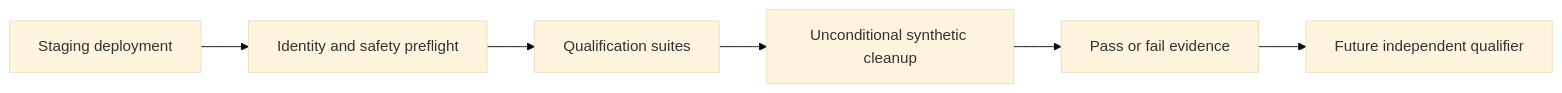
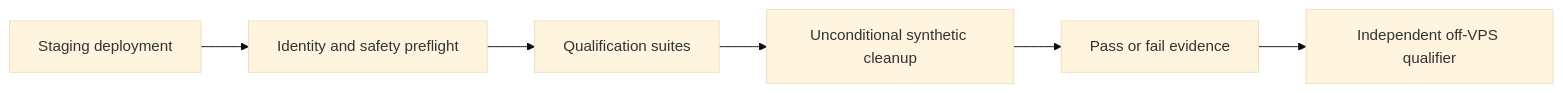
One commit to ramideltoro/nutsnews-docs changed the second of 3 diagrams in NUTSNEWS_VPS_STAGING_DEPLOYMENT.md. Above: the diagram before and after it, drawn with Mermaid (base theme). The commit also changed other lines of this file and 1 other file, not shown here.

Commit message:
Document off-VPS staging qualification

````diff
--- a/NUTSNEWS_VPS_STAGING_DEPLOYMENT.md
+++ b/NUTSNEWS_VPS_STAGING_DEPLOYMENT.md
@@ -342,8 +342,8 @@
 ```mermaid
 flowchart LR
   deployment[Staging deployment] --> preflight[Identity and safety preflight]
   preflight --> suites[Qualification suites]
   suites --> cleanup[Unconditional synthetic cleanup]
   cleanup --> evidence[Pass or fail evidence]
-  evidence --> future[Future independent qualifier]
+  evidence --> qualifier[Independent off-VPS qualifier]
 ```
````
